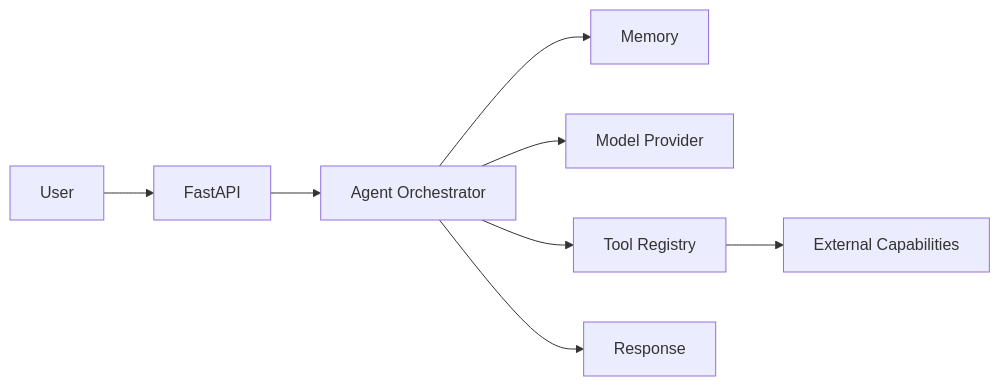
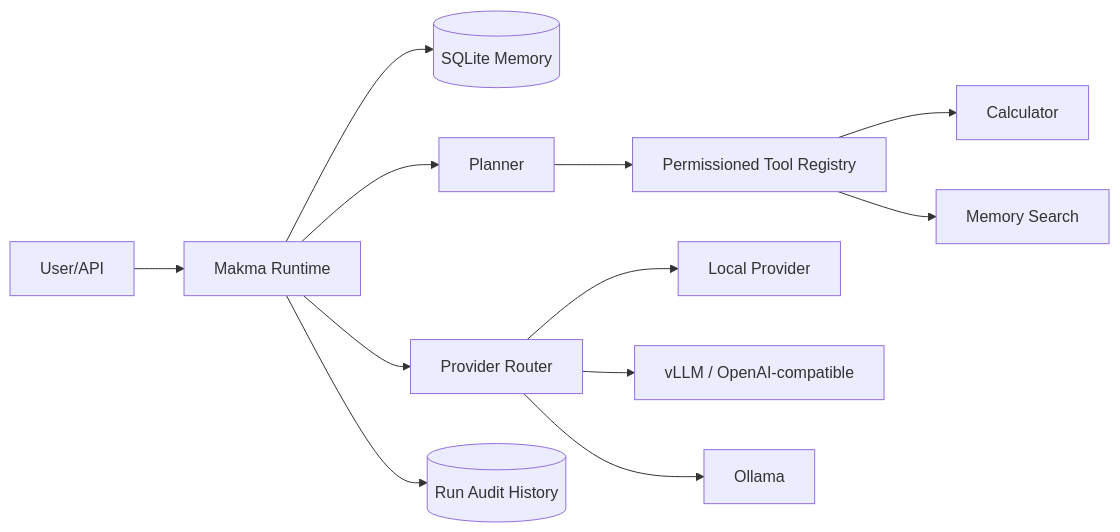
The diagram in portfolio-projects/makma-ai-os/README.md (maharshimak/maharshimak), drawn with Mermaid before and after one commit. The commit also changed other lines of this file and 17 other files, not shown here.

````diff
--- a/portfolio-projects/makma-ai-os/README.md
+++ b/portfolio-projects/makma-ai-os/README.md
@@ -17,10 +24,14 @@
 ```mermaid
 flowchart LR
-U[User] --> API[FastAPI]
-API --> O[Agent Orchestrator]
-O --> M[Memory]
-O --> P[Model Provider]
-O --> T[Tool Registry]
-T --> X[External Capabilities]
-O --> R[Response]
+    U[User/API] --> O[Makma Runtime]
+    O --> M[(SQLite Memory)]
+    O --> P[Planner]
+    P --> T[Permissioned Tool Registry]
+    T --> C[Calculator]
+    T --> S[Memory Search]
+    O --> R[Provider Router]
+    R --> L[Local Provider]
+    R --> V[vLLM / OpenAI-compatible]
+    R --> OL[Ollama]
+    O --> A[(Run Audit History)]
 ```
````
